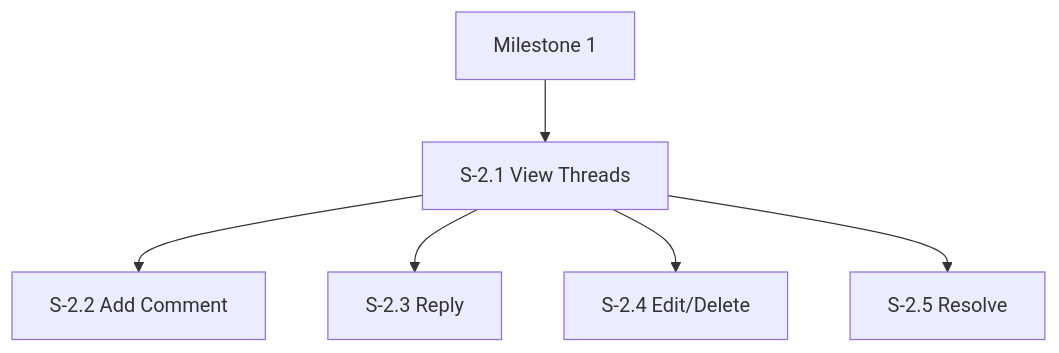
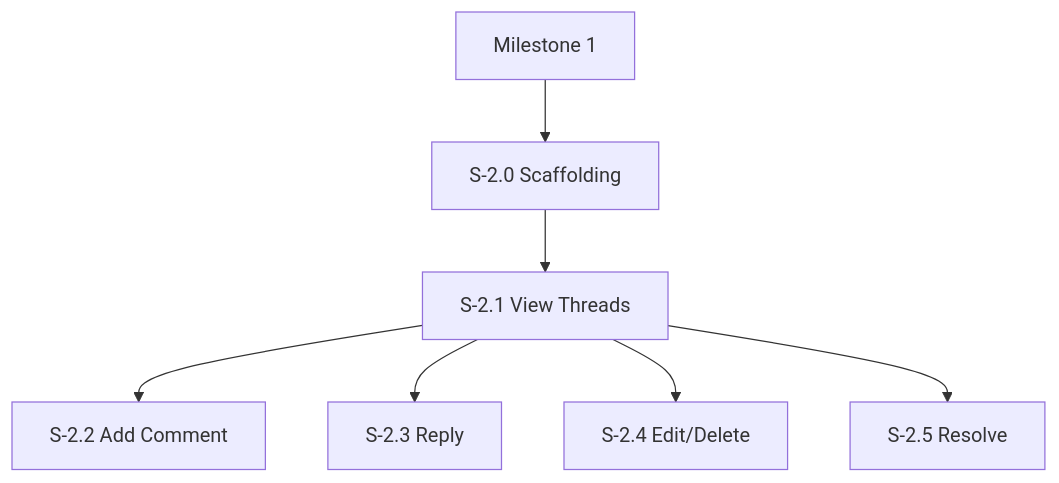
The diagram in spec/stories/milestone-2-minimal-comments.md (pedropaulovc/codjiflo), drawn with Mermaid before and after one commit. The commit also changed other lines of this file and 6 other files, not shown here.

Commit message:
docs: add architecture plan and scaffolding stories

````diff
--- a/spec/stories/milestone-2-minimal-comments.md
+++ b/spec/stories/milestone-2-minimal-comments.md
@@ -17,8 +20,9 @@
 ```mermaid
 graph TD
-    M1[Milestone 1] --> S2.1[S-2.1 View Threads]
+    M1[Milestone 1] --> S2.0[S-2.0 Scaffolding]
+    S2.0 --> S2.1[S-2.1 View Threads]
     S2.1 --> S2.2[S-2.2 Add Comment]
     S2.1 --> S2.3[S-2.3 Reply]
     S2.1 --> S2.4[S-2.4 Edit/Delete]
     S2.1 --> S2.5[S-2.5 Resolve]
 ```
````
